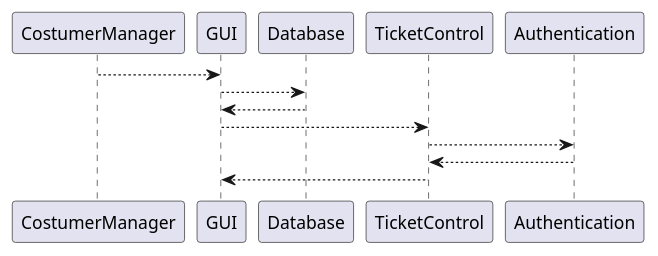
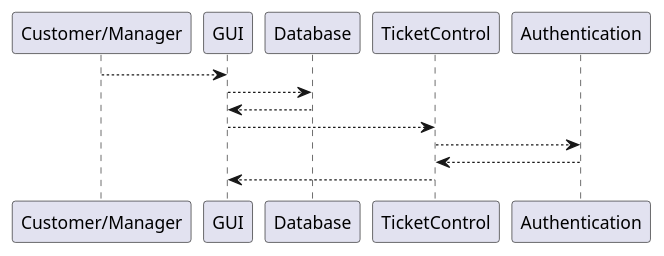
The diagram in UML/MasterUML.puml (brosjanramo/Kino), drawn with PlantUML before and after one commit.

```diff
--- a/UML/MasterUML.puml
+++ b/UML/MasterUML.puml
@@ -1,13 +1,13 @@
 @startuml
 
 
-CostumerManager --> GUI
+CustomerManager as "Customer/Manager" --> GUI
 GUI --> Database
 Database --> GUI
 GUI --> TicketControl
 TicketControl --> Authentication
 Authentication --> TicketControl
 TicketControl --> GUI
 
 
 @enduml
```
